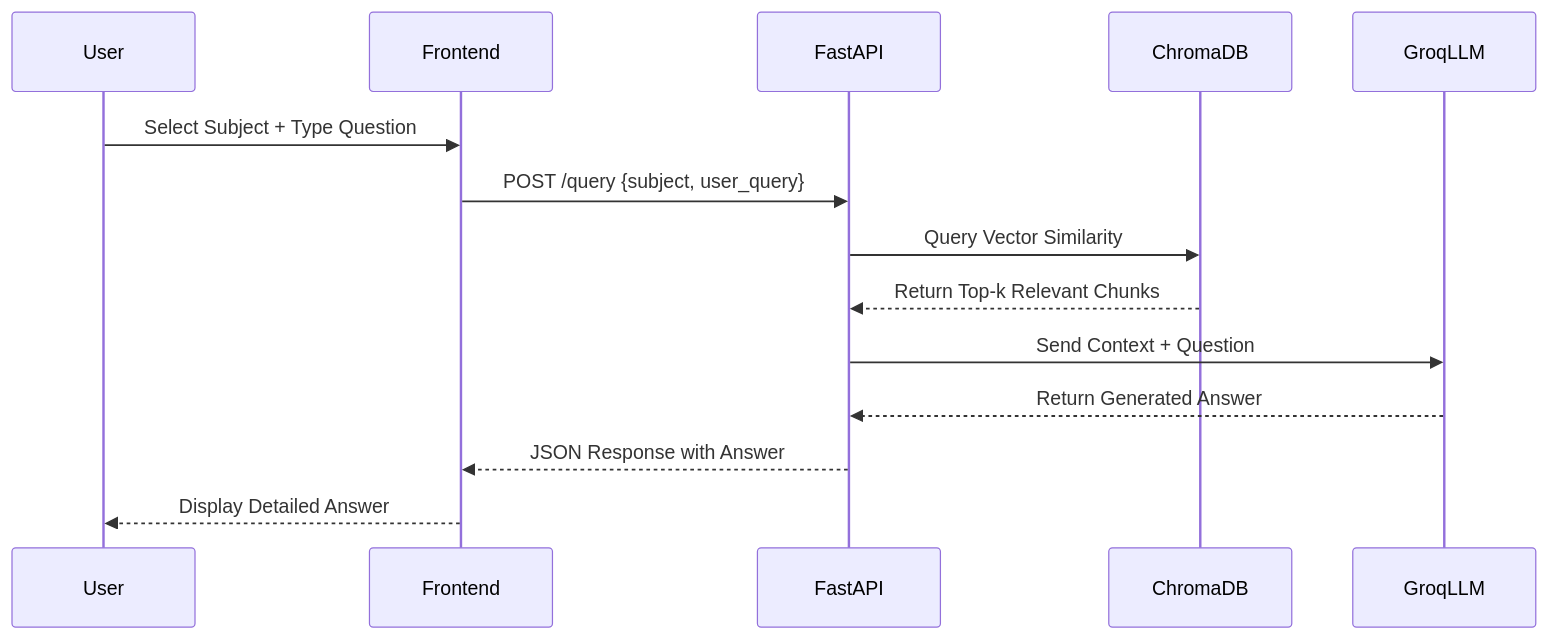
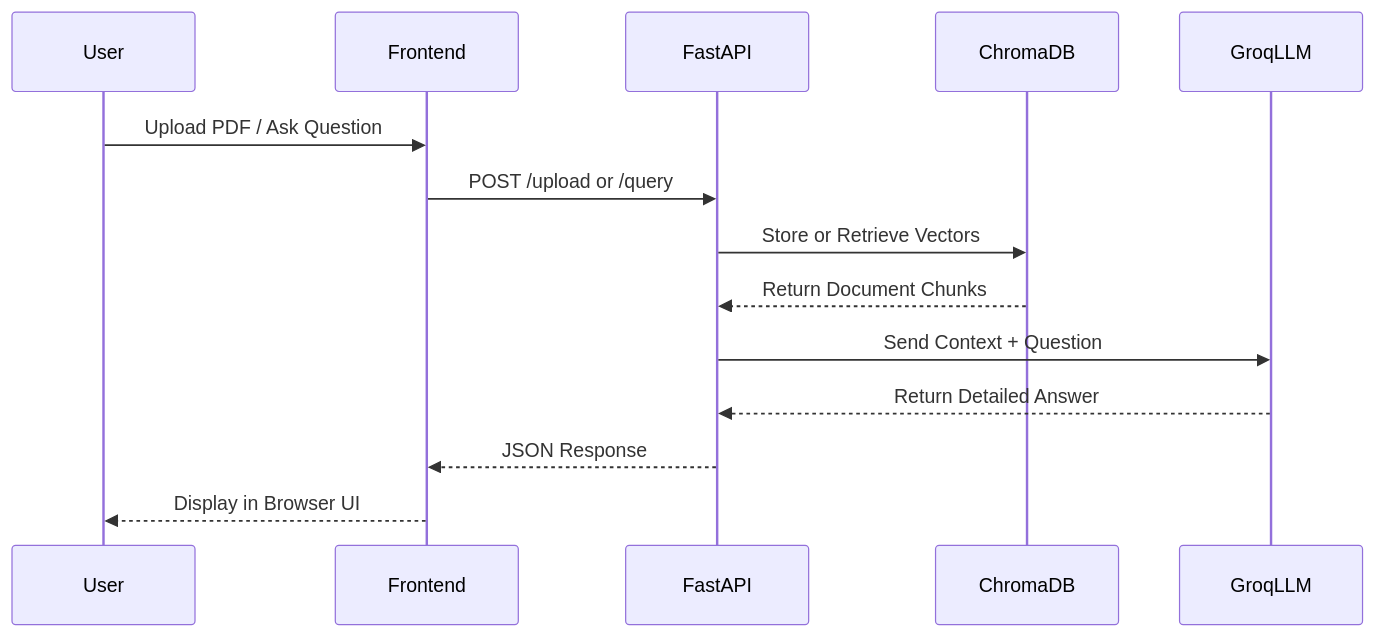
The diagram in README.md (HassanCodesIt/RAG-Study-Assistant), drawn with Mermaid before and after one commit. The commit also changed other lines of this file, not shown here.

````diff
--- a/README.md
+++ b/README.md
@@ -85,17 +104,17 @@
 ```mermaid
 sequenceDiagram
     participant User
     participant Frontend
     participant FastAPI
     participant ChromaDB
     participant GroqLLM
 
-    User->>Frontend: Select Subject + Type Question
-    Frontend->>FastAPI: POST /query {subject, user_query}
-    FastAPI->>ChromaDB: Query Vector Similarity
-    ChromaDB-->>FastAPI: Return Top-k Relevant Chunks
+    User->>Frontend: Upload PDF / Ask Question
+    Frontend->>FastAPI: POST /upload or /query
+    FastAPI->>ChromaDB: Store or Retrieve Vectors
+    ChromaDB-->>FastAPI: Return Document Chunks
     FastAPI->>GroqLLM: Send Context + Question
-    GroqLLM-->>FastAPI: Return Generated Answer
-    FastAPI-->>Frontend: JSON Response with Answer
-    Frontend-->>User: Display Detailed Answer
+    GroqLLM-->>FastAPI: Return Detailed Answer
+    FastAPI-->>Frontend: JSON Response
+    Frontend-->>User: Display in Browser UI
 ```
````
